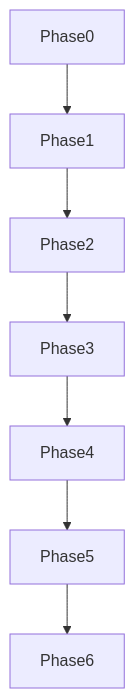
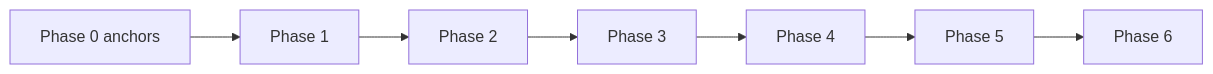
Before and after one commit to L0RDTH0TH/genesis-mythos-master-roadmap: the diagram in Roadmap/distilled-core.md, drawn with Mermaid. The commit also changed other lines of this file and 191 other files, not shown here.

First line of the commit message:
Roadmap iteration 2.1: regenerate 2026-03-30 tree and update contracts

````diff
--- a/Roadmap/distilled-core.md
+++ b/Roadmap/distilled-core.md
@@ -29,9 +130,9 @@
 ```mermaid
-flowchart TD
-  Phase0[Phase0] --> Phase1[Phase1]
-  Phase1 --> Phase2[Phase2]
-  Phase2 --> Phase3[Phase3]
-  Phase3 --> Phase4[Phase4]
-  Phase4 --> Phase5[Phase5]
-  Phase5 --> Phase6[Phase6]
+flowchart LR
+  Phase0[Phase 0 anchors] --> P1[Phase 1]
+  P1 --> P2[Phase 2]
+  P2 --> P3[Phase 3]
+  P3 --> P4[Phase 4]
+  P4 --> P5[Phase 5]
+  P5 --> P6[Phase 6]
 ```
````
